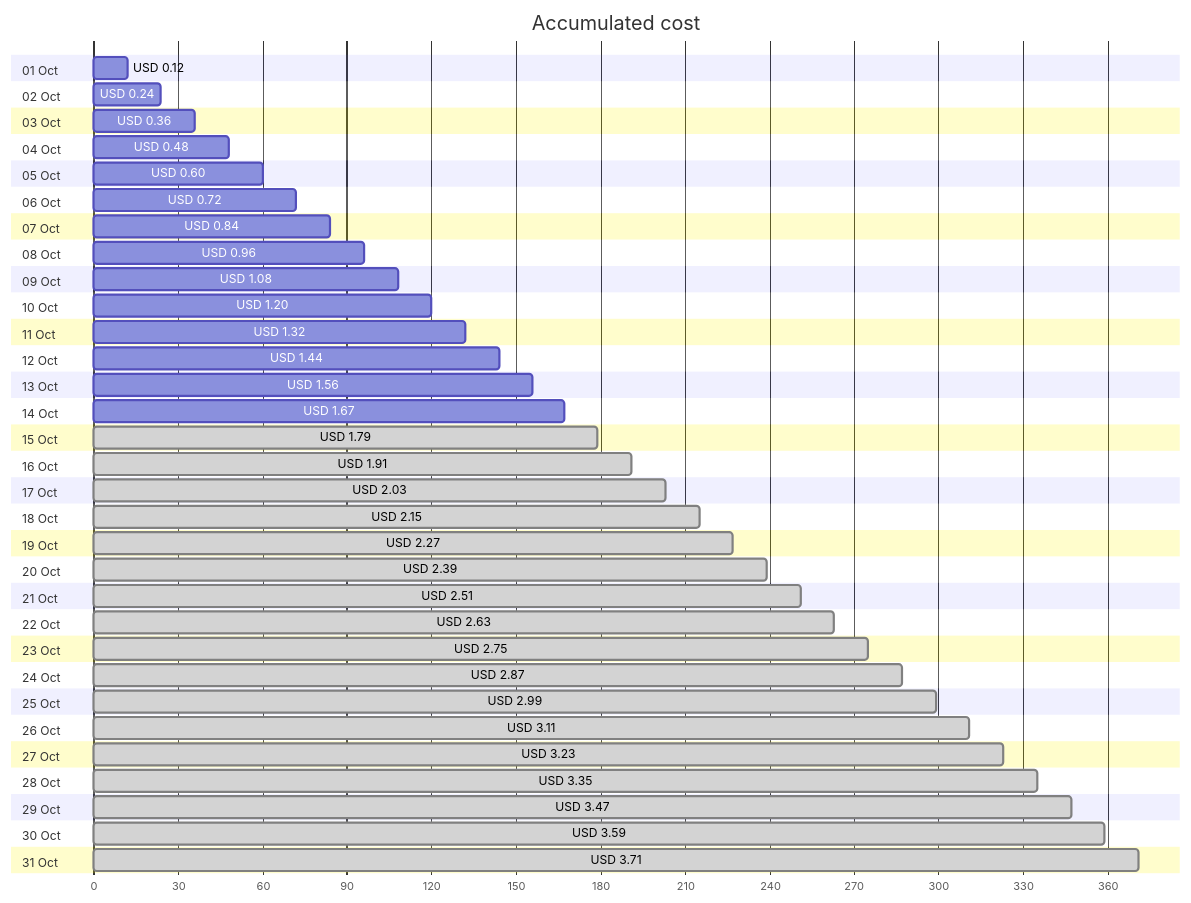
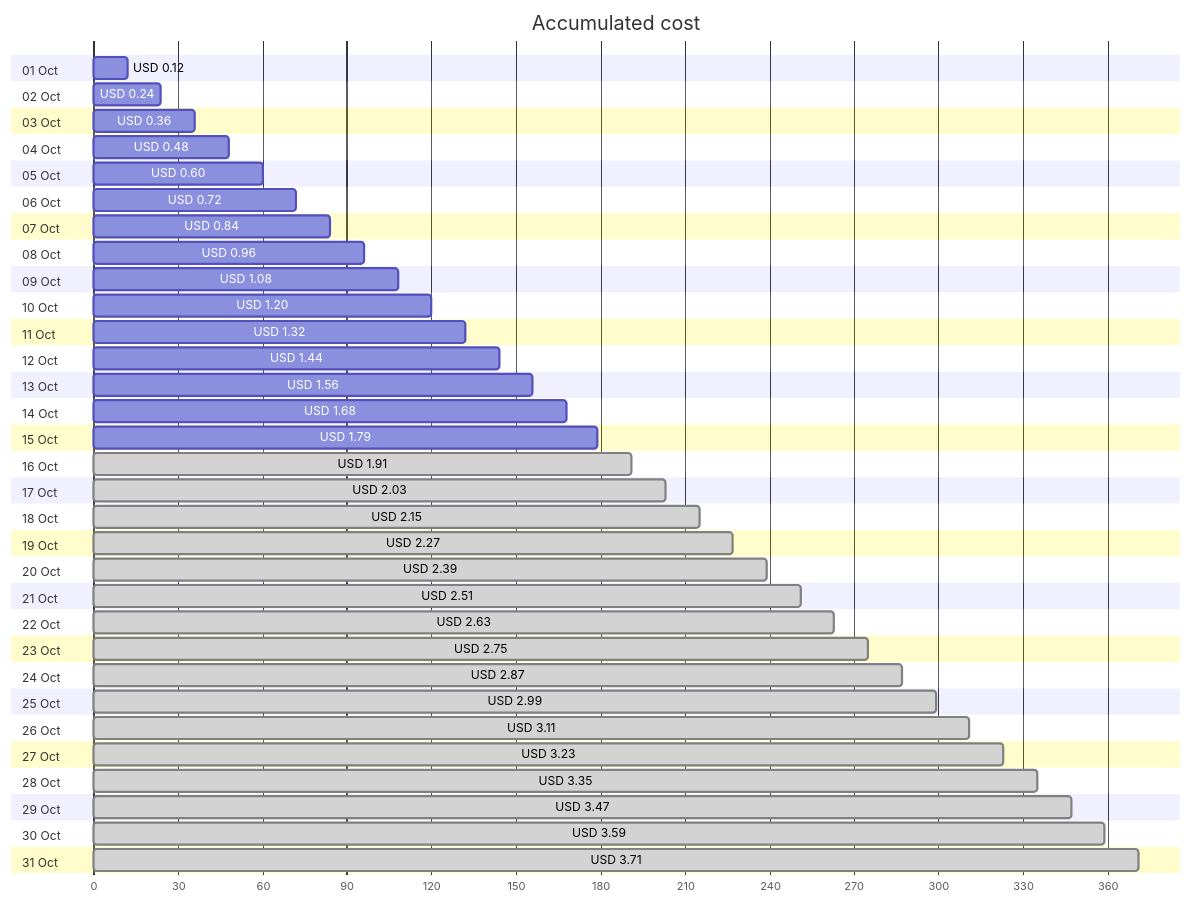
Before and after one commit to jpfulton/azure-personal-reports: the first of 4 diagrams in cost-reports/personal-network/backup-server-public-ip.md, drawn with Mermaid. The commit also changed other lines of this file and 8 other files, not shown here.

````diff
--- a/cost-reports/personal-network/backup-server-public-ip.md
+++ b/cost-reports/personal-network/backup-server-public-ip.md
@@ -20,68 +20,68 @@
 ```mermaid
 gantt
    title Accumulated cost
    dateFormat  X
    axisFormat %s
    section 01 Oct
    USD 0.12 :0, 12
    section 02 Oct
    USD 0.24 :0, 24
    section 03 Oct
    USD 0.36 :0, 36
    section 04 Oct
    USD 0.48 :0, 48
    section 05 Oct
    USD 0.60 :0, 60
    section 06 Oct
    USD 0.72 :0, 72
    section 07 Oct
    USD 0.84 :0, 84
    section 08 Oct
    USD 0.96 :0, 96
    section 09 Oct
    USD 1.08 :0, 108
    section 10 Oct
    USD 1.20 :0, 120
    section 11 Oct
    USD 1.32 :0, 132
    section 12 Oct
    USD 1.44 :0, 144
    section 13 Oct
    USD 1.56 :0, 156
    section 14 Oct
-   USD 1.67 :0, 167
+   USD 1.68 :0, 168
    section 15 Oct
-   USD 1.79 : done, 0, 179
+   USD 1.79 :0, 179
    section 16 Oct
    USD 1.91 : done, 0, 191
    section 17 Oct
    USD 2.03 : done, 0, 203
    section 18 Oct
    USD 2.15 : done, 0, 215
    section 19 Oct
    USD 2.27 : done, 0, 227
    section 20 Oct
    USD 2.39 : done, 0, 239
    section 21 Oct
    USD 2.51 : done, 0, 251
    section 22 Oct
    USD 2.63 : done, 0, 263
    section 23 Oct
    USD 2.75 : done, 0, 275
    section 24 Oct
    USD 2.87 : done, 0, 287
    section 25 Oct
    USD 2.99 : done, 0, 299
    section 26 Oct
    USD 3.11 : done, 0, 311
    section 27 Oct
    USD 3.23 : done, 0, 323
    section 28 Oct
    USD 3.35 : done, 0, 335
    section 29 Oct
    USD 3.47 : done, 0, 347
    section 30 Oct
    USD 3.59 : done, 0, 359
    section 31 Oct
    USD 3.71 : done, 0, 371
 ```
````
